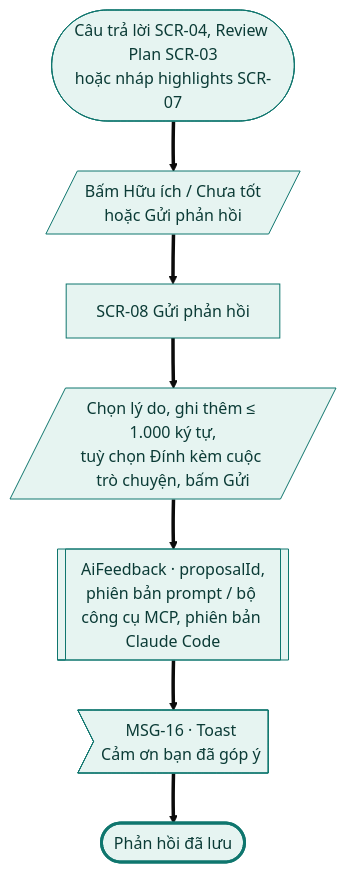
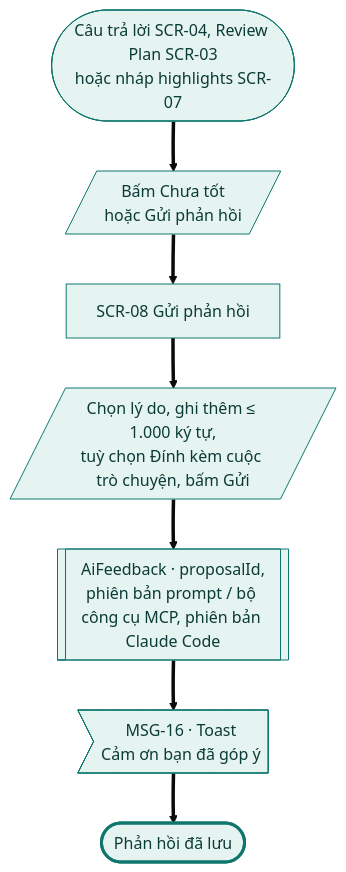
Diagram 16 of 29 in docs/design-brief/flow/g10-tro-ly-ai.md (tannguyenho/personal-app), drawn with Mermaid (base theme) before and after one commit. The commit also changed other lines of this file and 6 other files, not shown here.

First line of the commit message:
docs(G01, G10): áp quyết định PO 09/11 vào SRS, PRD, flow; IA trỏ mã mới

````diff
--- a/docs/design-brief/flow/g10-tro-ly-ai.md
+++ b/docs/design-brief/flow/g10-tro-ly-ai.md
@@ -738,24 +794,24 @@
 ```mermaid
 flowchart TD
   start(["Câu trả lời SCR-04, Review Plan SCR-03<br/>hoặc nháp highlights SCR-07"])
-  u1[/"Bấm Hữu ích / Chưa tốt<br/>hoặc Gửi phản hồi"/]
+  u1[/"Bấm Chưa tốt<br/>hoặc Gửi phản hồi"/]
   s1["SCR-08 Gửi phản hồi"]
   u2[/"Chọn lý do, ghi thêm ≤ 1.000 ký tự,<br/>tuỳ chọn Đính kèm cuộc trò chuyện, bấm Gửi"/]
   p1[["AiFeedback · proposalId,<br/>phiên bản prompt / bộ công cụ MCP, phiên bản Claude Code"]]
   m1>"MSG-16 · Toast<br/>Cảm ơn bạn đã góp ý"]
   ok(["Phản hồi đã lưu"])
 
   start ==> u1 ==> s1 ==> u2 ==> p1 ==> m1 ==> ok
 
   class start,u1,s1,u2,p1,m1 happy
   class ok done
   classDef happy fill:#E6F4F1,stroke:#0F766E,color:#0B3B36
   classDef alt fill:#F1F3F5,stroke:#6B7280,color:#1F2937
   classDef err fill:#FDECEC,stroke:#B42318,color:#5C1010
   classDef warn fill:#FEF4E2,stroke:#B45309,color:#4A2604
   classDef ai fill:#F1ECFD,stroke:#6D28D9,color:#2E1065
   classDef sync fill:#FFFFFF,stroke:#6B7280,stroke-dasharray:4 3,color:#1F2937
   classDef link fill:#FFFFFF,stroke:#0F766E,stroke-dasharray:4 3,color:#0B3B36
   classDef done fill:#E6F4F1,stroke:#0F766E,stroke-width:3px,color:#0B3B36
   classDef fail fill:#FDECEC,stroke:#B42318,stroke-width:3px,color:#5C1010
 ```
````
